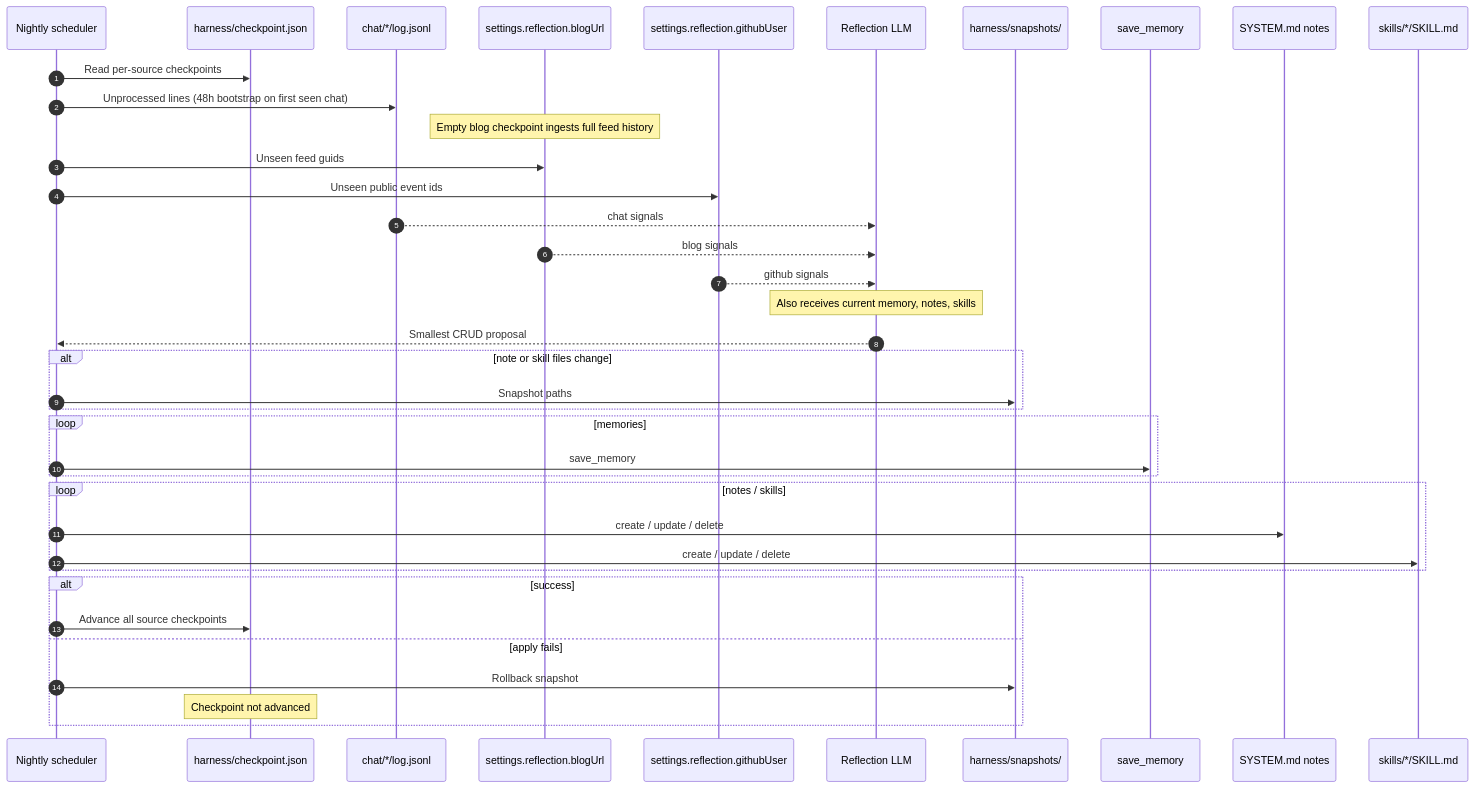
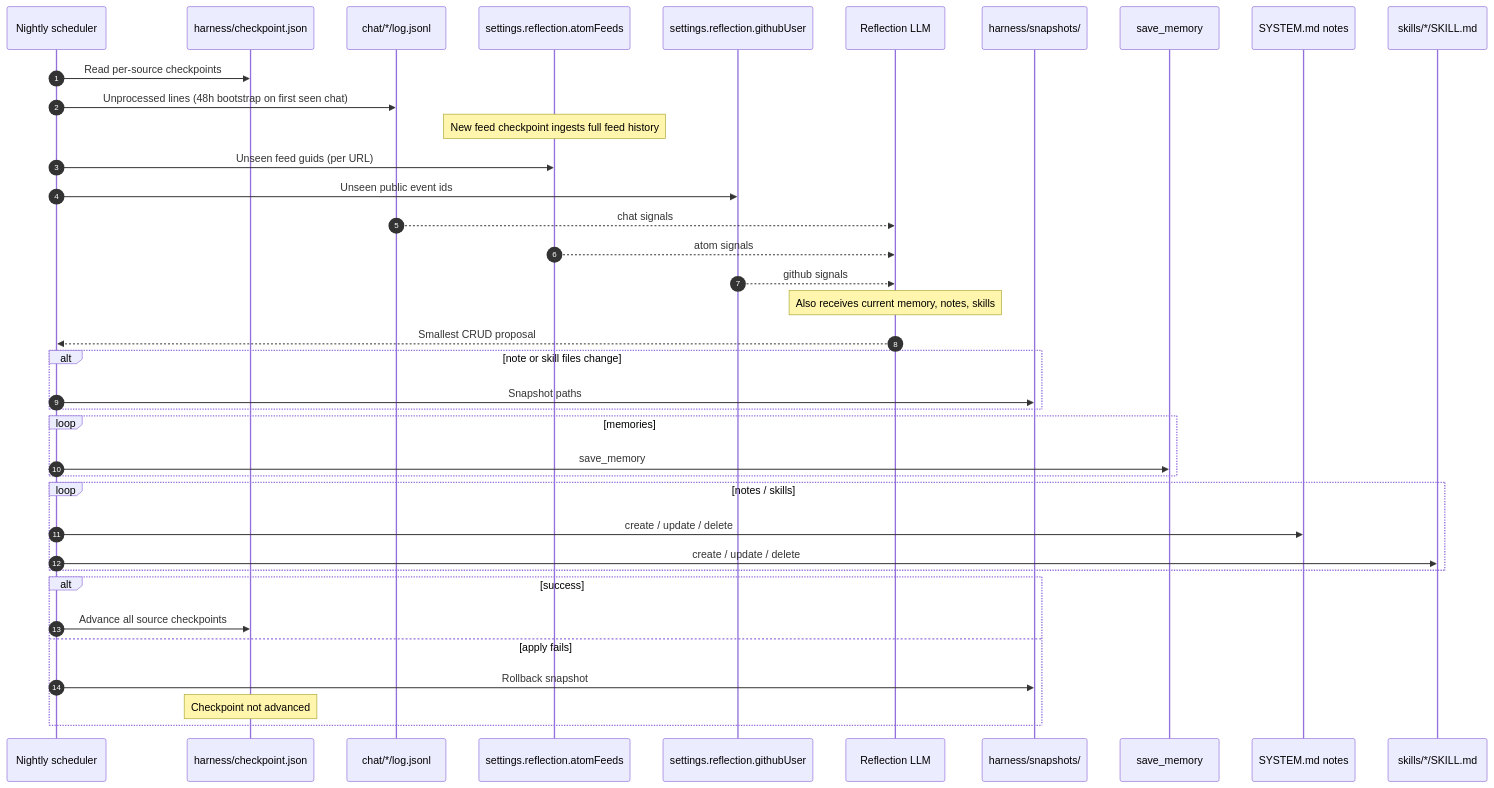
Before and after one commit to daya0576/pi-imessage: the fourth of 4 diagrams in docs/structured-memory-sequence.md, drawn with Mermaid. The commit also changed other lines of this file and 7 other files, not shown here.

First line of the commit message:
refactor: use atomFeeds list for reflection Atom sources

````diff
--- a/docs/structured-memory-sequence.md
+++ b/docs/structured-memory-sequence.md
@@ -112,45 +112,45 @@
 ```mermaid
 sequenceDiagram
     autonumber
     participant C as Nightly scheduler
     participant K as harness/checkpoint.json
     participant Chat as chat/*/log.jsonl
-    participant Blog as settings.reflection.blogUrl
+    participant Atom as settings.reflection.atomFeeds
     participant GH as settings.reflection.githubUser
     participant R as Reflection LLM
     participant H as harness/snapshots/
     participant M as save_memory
     participant N as SYSTEM.md notes
     participant S as skills/*/SKILL.md
 
     C->>K: Read per-source checkpoints
     C->>Chat: Unprocessed lines (48h bootstrap on first seen chat)
-    Note over Blog: Empty blog checkpoint ingests full feed history
-    C->>Blog: Unseen feed guids
+    Note over Atom: New feed checkpoint ingests full feed history
+    C->>Atom: Unseen feed guids (per URL)
     C->>GH: Unseen public event ids
     Chat-->>R: chat signals
-    Blog-->>R: blog signals
+    Atom-->>R: atom signals
     GH-->>R: github signals
     Note over R: Also receives current memory, notes, skills
 
     R-->>C: Smallest CRUD proposal
 
     alt note or skill files change
         C->>H: Snapshot paths
     end
 
     loop memories
         C->>M: save_memory
     end
     loop notes / skills
         C->>N: create / update / delete
         C->>S: create / update / delete
     end
 
     alt success
         C->>K: Advance all source checkpoints
     else apply fails
         C->>H: Rollback snapshot
         Note over K: Checkpoint not advanced
     end
 ```
````
